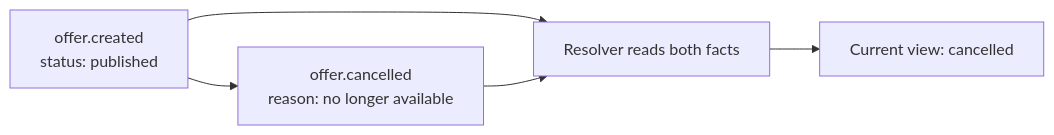
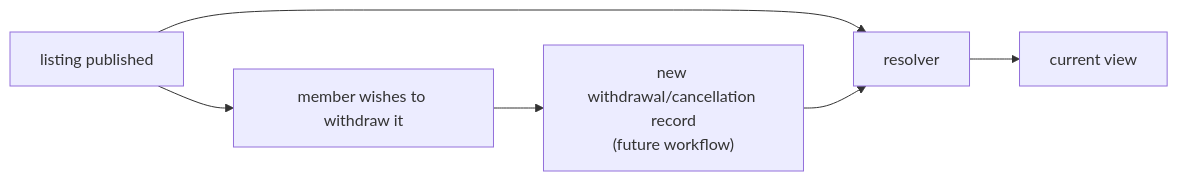
Before and after one commit to matthewlovestocode/peer-hours: the diagram in docs/education/17-no-in-place-edits.md, drawn with Mermaid. The commit also changed other lines of this file and 62 other files, not shown here.

````diff
--- a/docs/education/17-no-in-place-edits.md
+++ b/docs/education/17-no-in-place-edits.md
@@ -17,7 +7,8 @@
 ```mermaid
 flowchart LR
-  O["offer.created\nstatus: published"] --> C["offer.cancelled\nreason: no longer available"]
-  O --> V["Resolver reads both facts"]
-  C --> V
-  V --> S["Current view: cancelled"]
+  P["listing published"] --> W["member wishes to withdraw it"]
+  W --> C["new withdrawal/cancellation record\n(future workflow)"]
+  P --> R["resolver"]
+  C --> R
+  R --> V["current view"]
 ```
````
